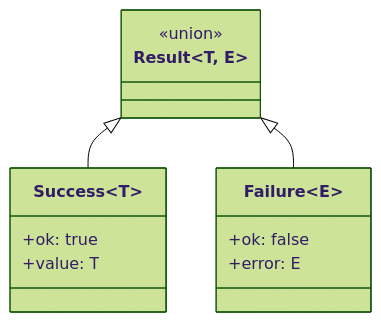
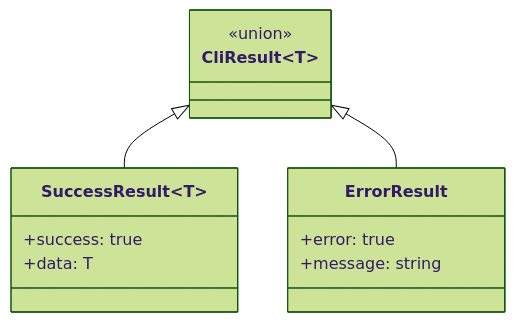
One commit to mattfletcher94/festinalente changed the diagram in .festinalente/engineering/patterns/tagged-union-errors.md. Above: the diagram before and after it, drawn with Mermaid (forest theme). The commit also changed other lines of this file and 17 other files, not shown here.

````diff
--- a/.festinalente/engineering/patterns/tagged-union-errors.md
+++ b/.festinalente/engineering/patterns/tagged-union-errors.md
@@ -49,19 +36,16 @@
 ```mermaid
 classDiagram
-    class Result~T, E~ {
+    class CliResult~T~ {
         <<union>>
     }
-
-    class Success~T~ {
-        +ok: true
-        +value: T
+    class SuccessResult~T~ {
+        +success: true
+        +data: T
     }
-
-    class Failure~E~ {
-        +ok: false
-        +error: E
+    class ErrorResult {
+        +error: true
+        +message: string
     }
-
-    Result <|-- Success
-    Result <|-- Failure
+    CliResult <|-- SuccessResult
+    CliResult <|-- ErrorResult
 ```
````
